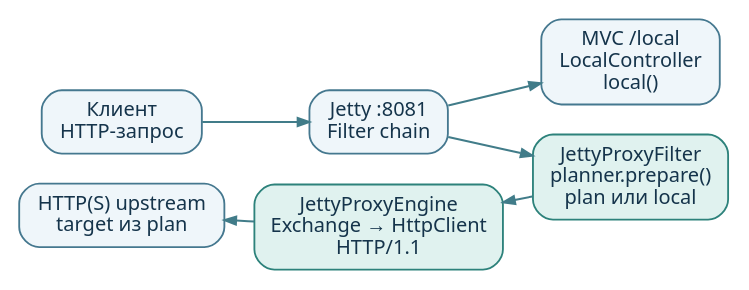
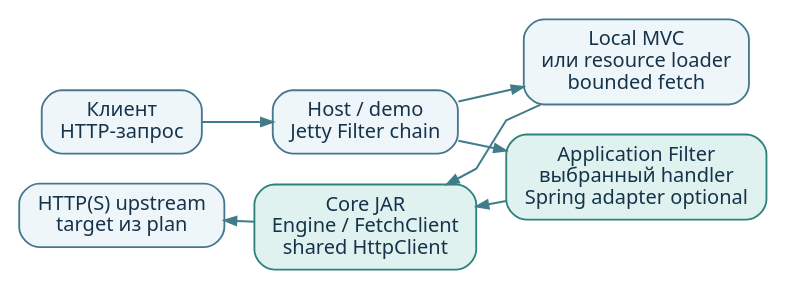
One commit to AlFlanker/NettyPet changed the diagram in jetty-client-example/docs/diagrams/architecture.dot. Above: the diagram before and after it, drawn with Graphviz. The commit also changed 19 other files, not shown here.

```diff
--- a/jetty-client-example/docs/diagrams/architecture.dot
+++ b/jetty-client-example/docs/diagrams/architecture.dot
@@ -1,26 +1,27 @@
 digraph Architecture {
   graph [rankdir=LR, bgcolor="white", fontname="Noto Sans", fontsize=12, pad=0.06,
          nodesep=0.25, ranksep=0.25, splines=polyline];
   node [shape=box, style="rounded,filled", fontname="Noto Sans", fontsize=12,
         fontcolor="#15344B", fillcolor="#EFF6FA", color="#45788F", penwidth=1.1, margin="0.14,0.09"];
   edge [color="#417C89", penwidth=1.2, arrowsize=0.7, fontname="Noto Sans", fontsize=12];
 
   client [label="Клиент\nHTTP-запрос"];
-  jetty [label="Jetty :8081\nFilter chain"];
-  local [label="MVC /local\nLocalController\nlocal()"];
-  servlet [label="JettyProxyFilter\nplanner.prepare()\nplan или local", fillcolor="#E0F2EF", color="#2D827B"];
-  http [label="JettyProxyEngine\nExchange → HttpClient\nHTTP/1.1", fillcolor="#E0F2EF", color="#2D827B"];
+  jetty [label="Host / demo\nJetty Filter chain"];
+  local [label="Local MVC\nили resource loader\nbounded fetch"];
+  servlet [label="Application Filter\nвыбранный handler\nSpring adapter optional", fillcolor="#E0F2EF", color="#2D827B"];
+  http [label="Core JAR\nEngine / FetchClient\nshared HttpClient", fillcolor="#E0F2EF", color="#2D827B"];
   upstream [label="HTTP(S) upstream\ntarget из plan"];
 
   { rank=same; client; upstream; }
   { rank=same; jetty; http; }
   { rank=same; local; servlet; }
   client -> upstream [style=invis, weight=30];
   jetty -> http [style=invis, weight=30];
   local -> servlet [style=invis, weight=30];
   client -> jetty;
   jetty -> local;
   jetty -> servlet;
   servlet -> http [constraint=false];
+  local -> http [constraint=false];
   http -> upstream [constraint=false];
 }
```
